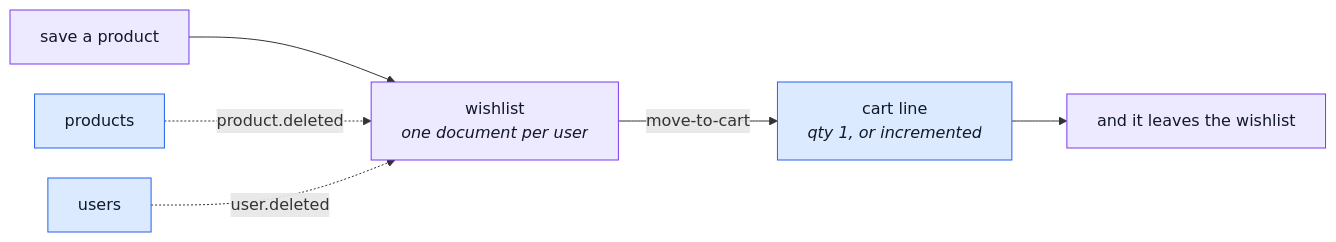
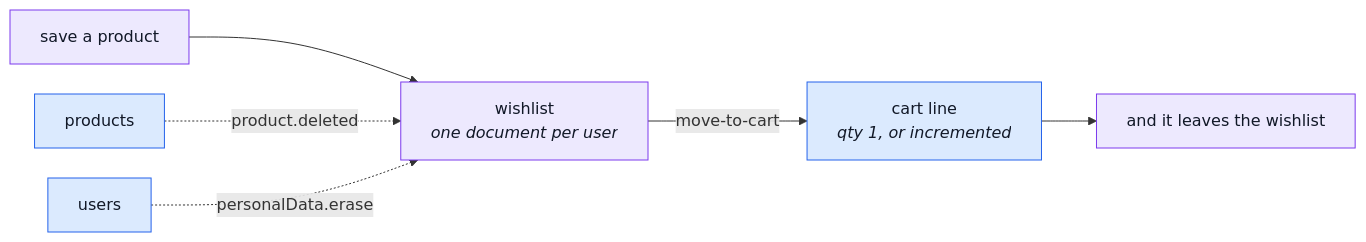
Before and after one commit to Guebbit/boilerplate-node-backend: the second of 2 diagrams in docs/modules/wishlist.md, drawn with Mermaid. The commit also changed 7 other files, not shown here.

First line of the commit message:
docs(docs): describe the erase hook, not the removed user.deleted event

````diff
--- a/docs/modules/wishlist.md
+++ b/docs/modules/wishlist.md
@@ -61,14 +61,14 @@
 ```mermaid
 %%{init: {'flowchart': {'nodeSpacing': 30, 'rankSpacing': 55}}}%%
 flowchart LR
     A["save a product"] --> W["wishlist<br/><i>one document per user</i>"]
     W -->|"move-to-cart"| C["cart line<br/><i>qty 1, or incremented</i>"]
     C --> X["and it leaves the wishlist"]
     P["products"] -. "product.deleted" .-> W
-    U["users"] -. "user.deleted" .-> W
+    U["users"] -. "personalData.erase" .-> W
 
     classDef own fill:#ede9fe,stroke:#7c3aed,color:#111827;
     classDef peer fill:#dbeafe,stroke:#2563eb,color:#111827;
     class A,W,X own;
     class C,P,U peer;
 ```
````
